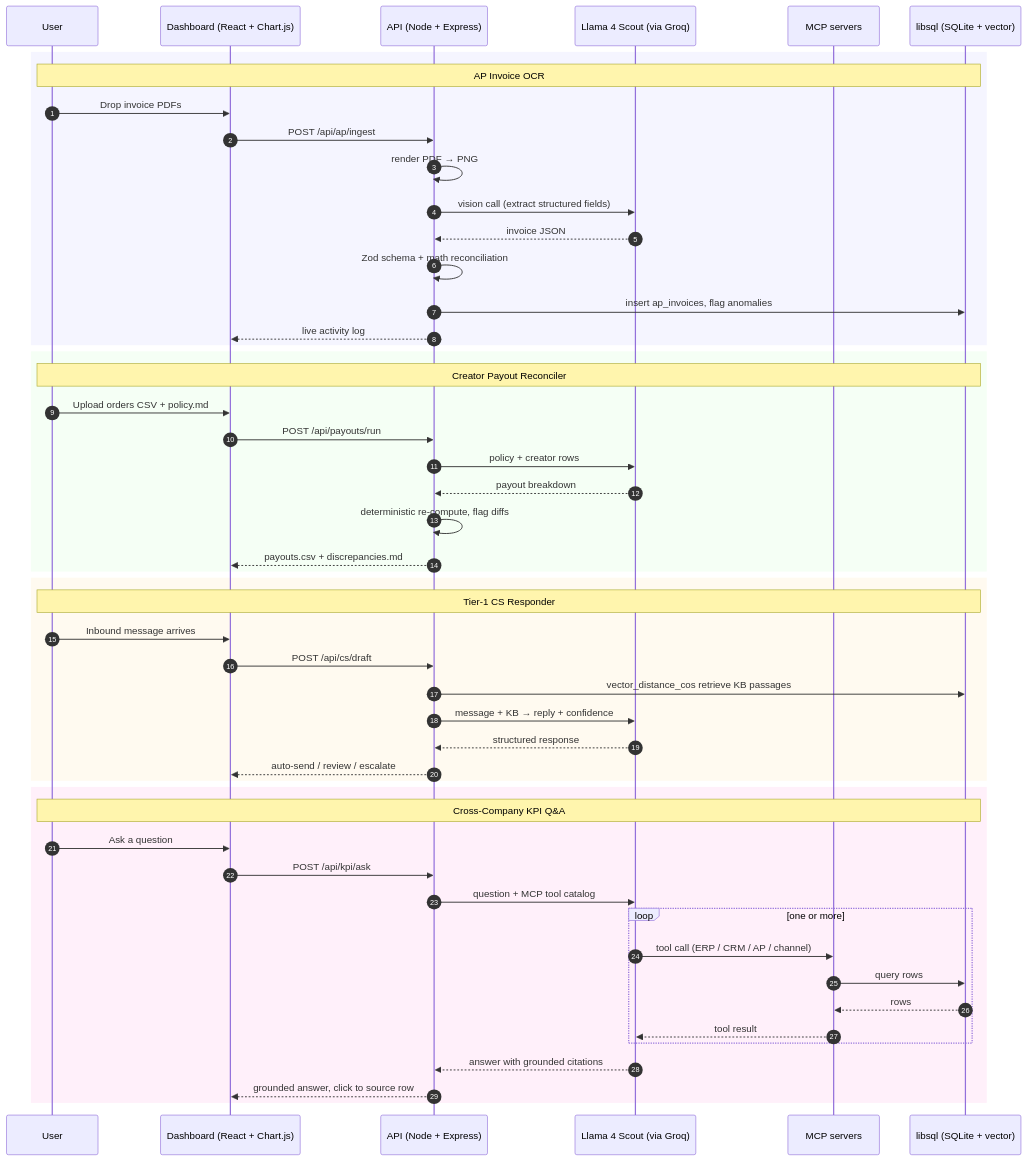
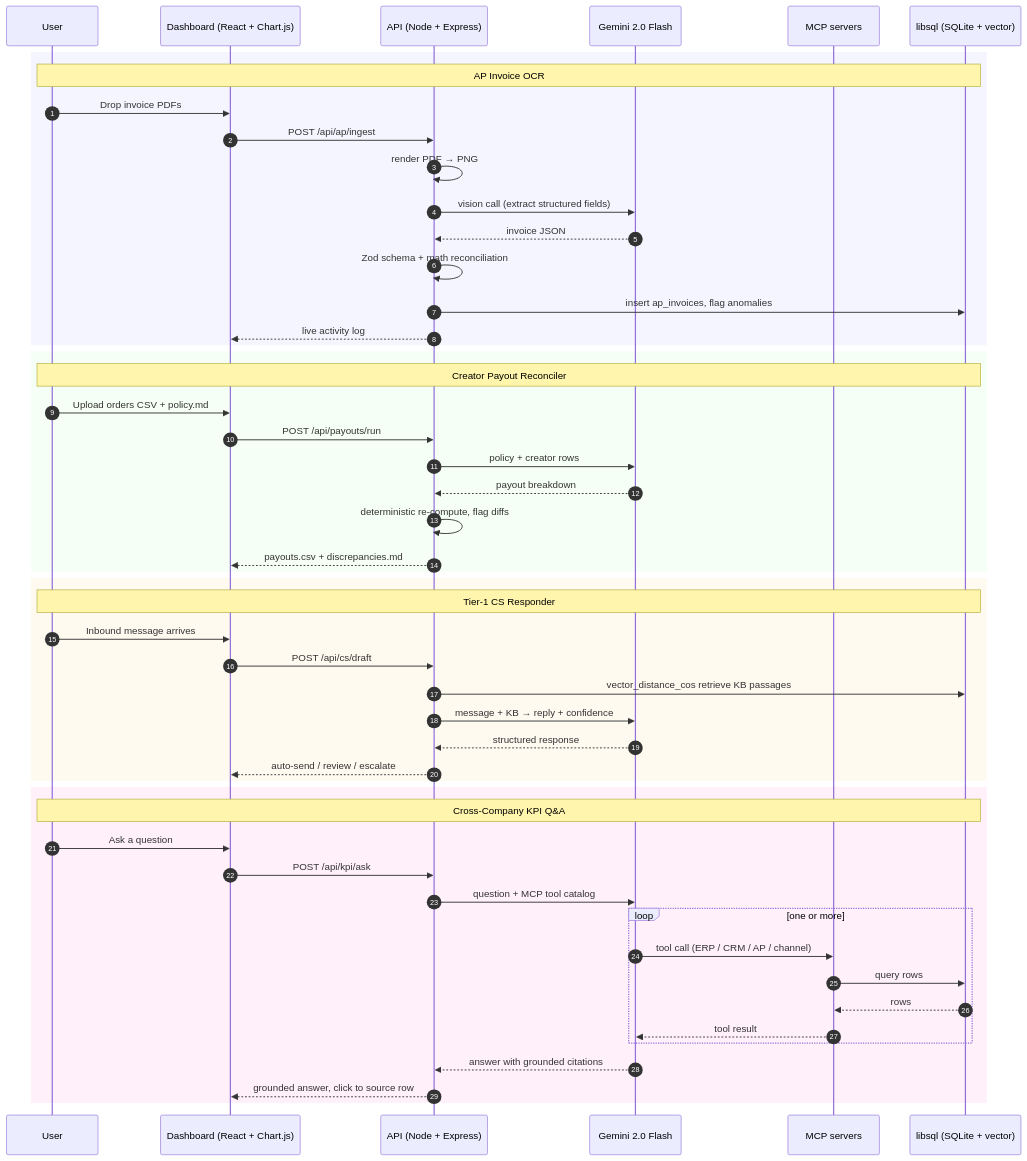
One commit to Builder106/helm changed the diagram in README.md. Above: the diagram before and after it, drawn with Mermaid. The commit also changed other lines of this file and 16 other files, not shown here.

First line of the commit message:
swap LLM stack: Llama 4 via Groq → Gemini 2.0 Flash

````diff
--- a/README.md
+++ b/README.md
@@ -35,57 +34,57 @@
 ```mermaid
 sequenceDiagram
     autonumber
     participant U as User
     participant D as Dashboard (React + Chart.js)
     participant API as API (Node + Express)
-    participant L as Llama 4 Scout (via Groq)
+    participant L as Gemini 2.0 Flash
     participant MCP as MCP servers
     participant DB as libsql (SQLite + vector)
 
     rect rgb(245, 245, 255)
     Note over U,DB: AP Invoice OCR
     U->>D: Drop invoice PDFs
     D->>API: POST /api/ap/ingest
     API->>API: render PDF → PNG
     API->>L: vision call (extract structured fields)
     L-->>API: invoice JSON
     API->>API: Zod schema + math reconciliation
     API->>DB: insert ap_invoices, flag anomalies
     API-->>D: live activity log
     end
 
     rect rgb(245, 255, 245)
     Note over U,DB: Creator Payout Reconciler
     U->>D: Upload orders CSV + policy.md
     D->>API: POST /api/payouts/run
     API->>L: policy + creator rows
     L-->>API: payout breakdown
     API->>API: deterministic re-compute, flag diffs
     API-->>D: payouts.csv + discrepancies.md
     end
 
     rect rgb(255, 250, 240)
     Note over U,DB: Tier-1 CS Responder
     U->>D: Inbound message arrives
     D->>API: POST /api/cs/draft
     API->>DB: vector_distance_cos retrieve KB passages
     API->>L: message + KB → reply + confidence
     L-->>API: structured response
     API-->>D: auto-send / review / escalate
     end
 
     rect rgb(255, 240, 250)
     Note over U,DB: Cross-Company KPI Q&A
     U->>D: Ask a question
     D->>API: POST /api/kpi/ask
     API->>L: question + MCP tool catalog
     loop one or more
         L->>MCP: tool call (ERP / CRM / AP / channel)
         MCP->>DB: query rows
         DB-->>MCP: rows
         MCP-->>L: tool result
     end
     L-->>API: answer with grounded citations
     API-->>D: grounded answer, click to source row
     end
 ```
````
